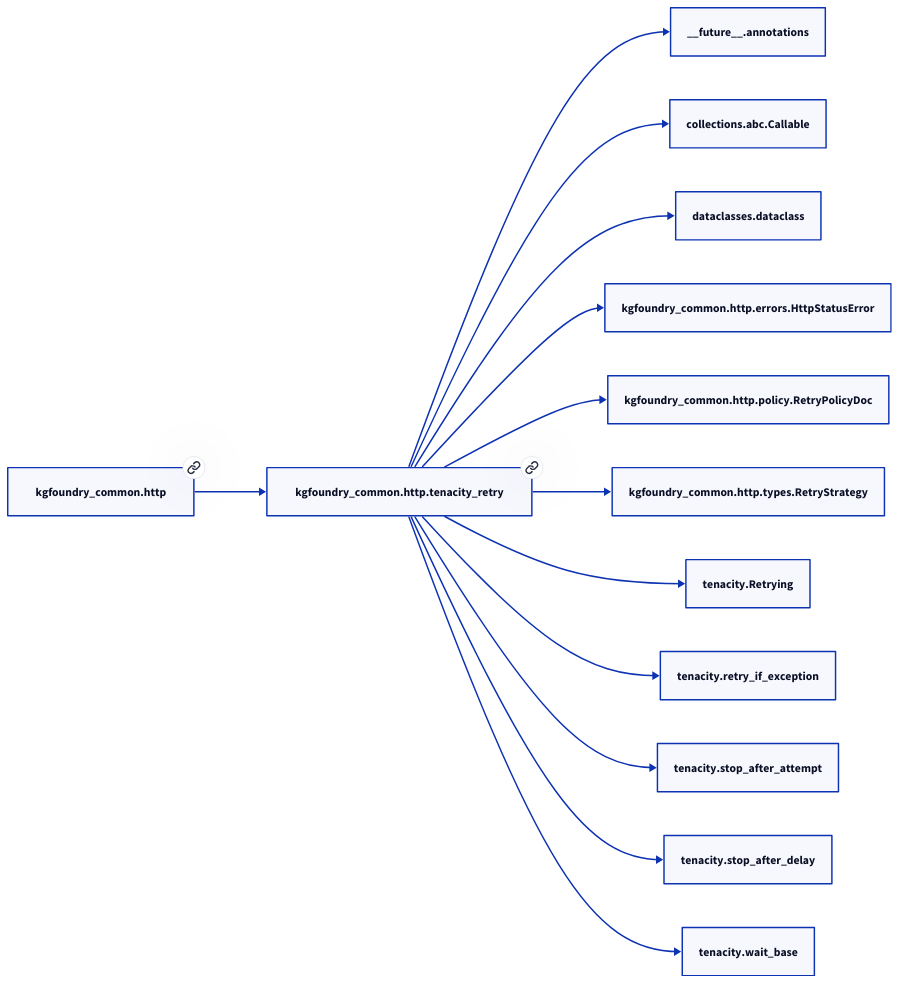
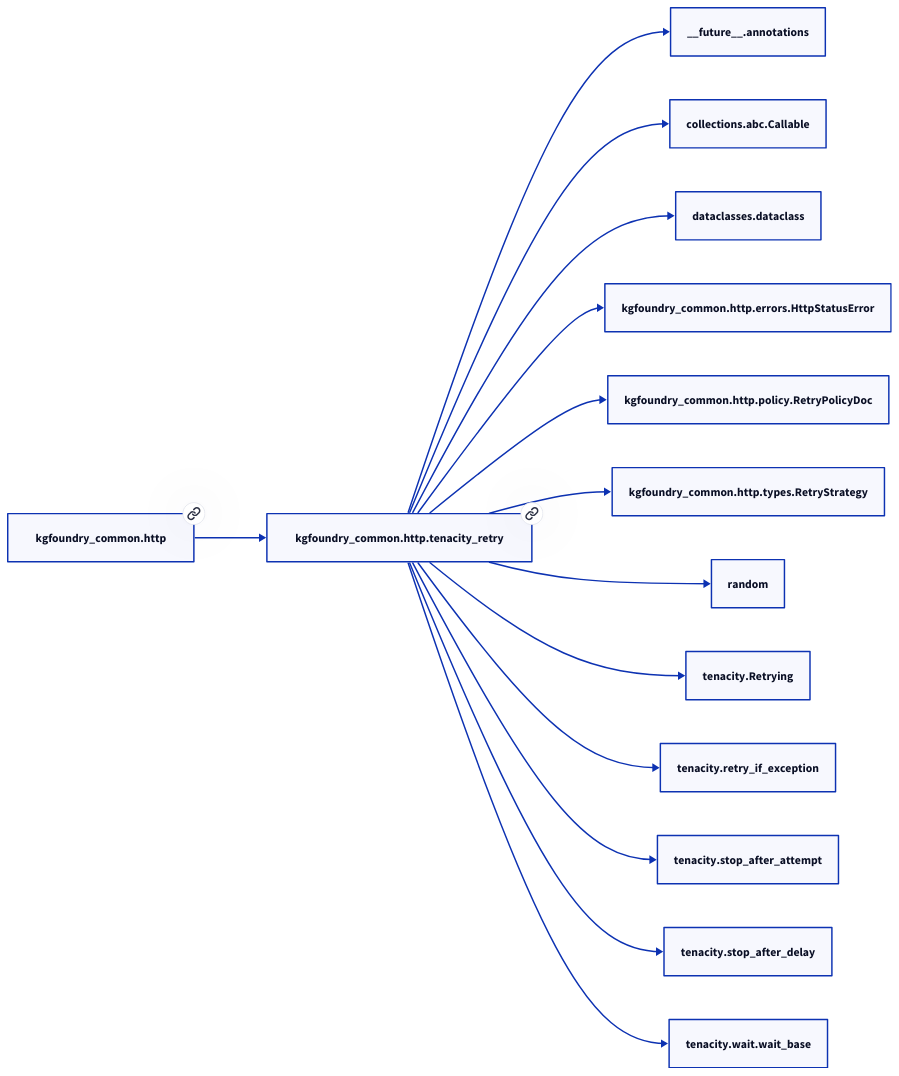
The second of 2 diagrams in docs/modules/kgfoundry_common/http/tenacity_retry.md (paul-heyse/kgforge), drawn with D2 before and after one commit. The commit also changed other lines of this file and 45 other files, not shown here.

````diff
--- a/docs/modules/kgfoundry_common/http/tenacity_retry.md
+++ b/docs/modules/kgfoundry_common/http/tenacity_retry.md
@@ -69,28 +88,30 @@
 ```d2
 direction: right
 "kgfoundry_common.http.tenacity_retry": "kgfoundry_common.http.tenacity_retry" { link: "https://github.com/paul-heyse/kgfoundry/blob/main/src/kgfoundry_common/http/tenacity_retry.py" }
 "__future__.annotations": "__future__.annotations"
 "kgfoundry_common.http.tenacity_retry" -> "__future__.annotations"
 "collections.abc.Callable": "collections.abc.Callable"
 "kgfoundry_common.http.tenacity_retry" -> "collections.abc.Callable"
 "dataclasses.dataclass": "dataclasses.dataclass"
 "kgfoundry_common.http.tenacity_retry" -> "dataclasses.dataclass"
 "kgfoundry_common.http.errors.HttpStatusError": "kgfoundry_common.http.errors.HttpStatusError"
 "kgfoundry_common.http.tenacity_retry" -> "kgfoundry_common.http.errors.HttpStatusError"
 "kgfoundry_common.http.policy.RetryPolicyDoc": "kgfoundry_common.http.policy.RetryPolicyDoc"
 "kgfoundry_common.http.tenacity_retry" -> "kgfoundry_common.http.policy.RetryPolicyDoc"
 "kgfoundry_common.http.types.RetryStrategy": "kgfoundry_common.http.types.RetryStrategy"
 "kgfoundry_common.http.tenacity_retry" -> "kgfoundry_common.http.types.RetryStrategy"
+"random": "random"
+"kgfoundry_common.http.tenacity_retry" -> "random"
 "tenacity.Retrying": "tenacity.Retrying"
 "kgfoundry_common.http.tenacity_retry" -> "tenacity.Retrying"
 "tenacity.retry_if_exception": "tenacity.retry_if_exception"
 "kgfoundry_common.http.tenacity_retry" -> "tenacity.retry_if_exception"
 "tenacity.stop_after_attempt": "tenacity.stop_after_attempt"
 "kgfoundry_common.http.tenacity_retry" -> "tenacity.stop_after_attempt"
 "tenacity.stop_after_delay": "tenacity.stop_after_delay"
 "kgfoundry_common.http.tenacity_retry" -> "tenacity.stop_after_delay"
-"tenacity.wait_base": "tenacity.wait_base"
-"kgfoundry_common.http.tenacity_retry" -> "tenacity.wait_base"
+"tenacity.wait.wait_base": "tenacity.wait.wait_base"
+"kgfoundry_common.http.tenacity_retry" -> "tenacity.wait.wait_base"
 "kgfoundry_common.http": "kgfoundry_common.http" { link: "https://github.com/paul-heyse/kgfoundry/blob/main/src/kgfoundry_common/http/__init__.py" }
 "kgfoundry_common.http" -> "kgfoundry_common.http.tenacity_retry" { style: dashed }
 ```
````
